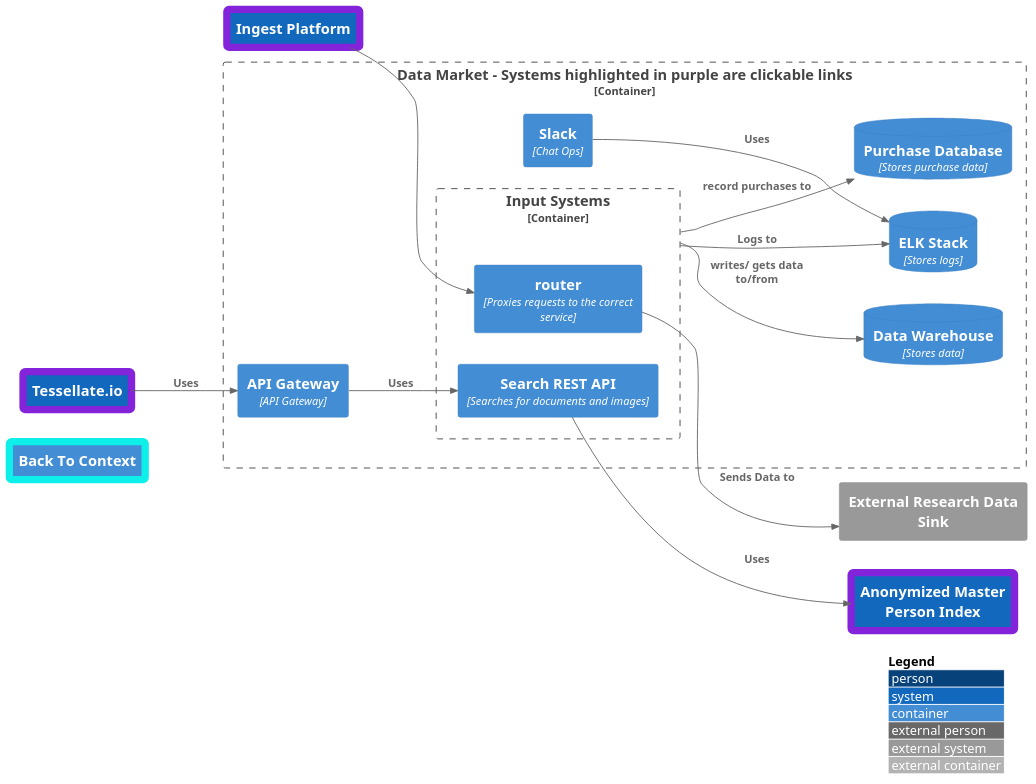
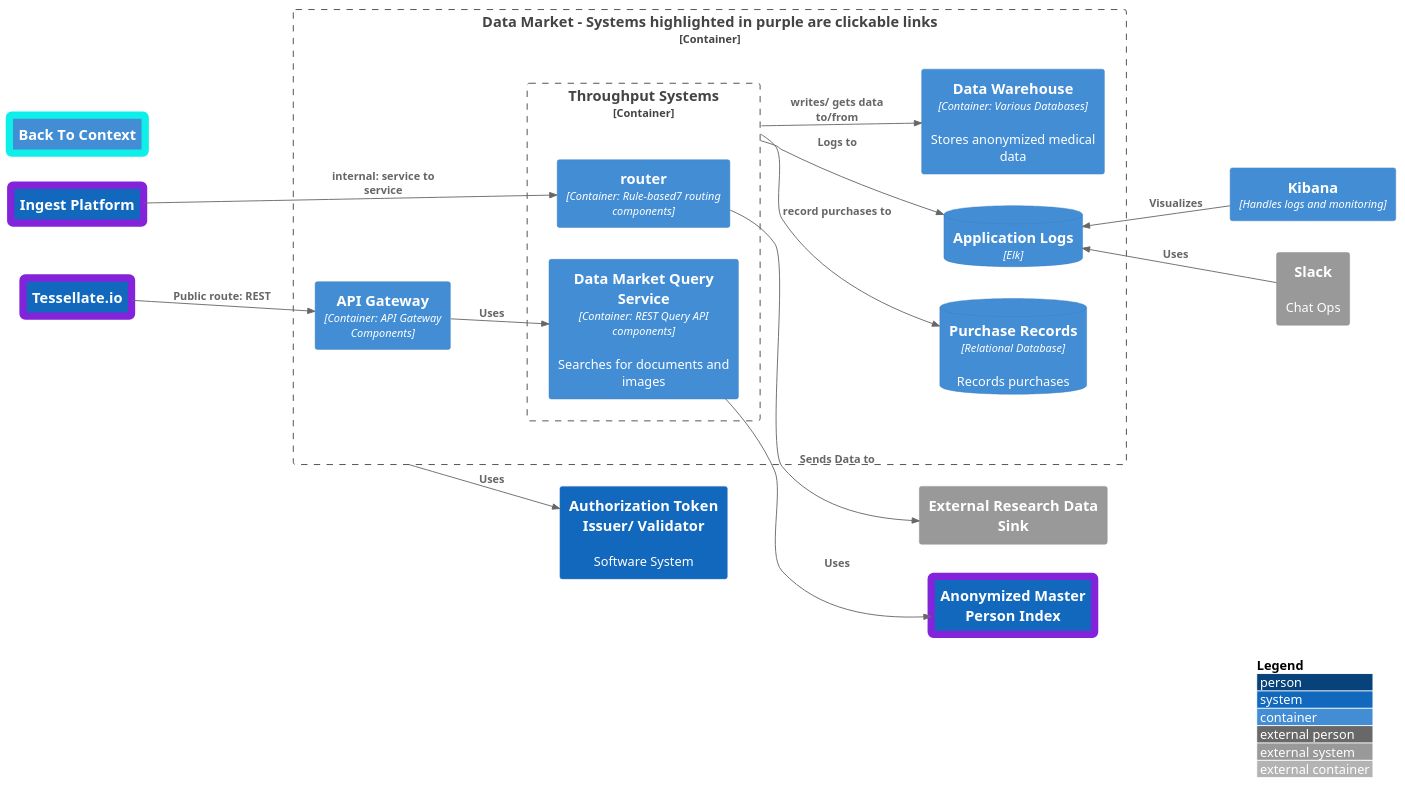
The diagram in ArchitectureModel/DataMarketContainer.puml (migueladelvalle/SE577-684-SP-23-24-final-project), drawn with PlantUML before and after one commit. The commit also changed 12 other files, not shown here.

Commit message:
Added additional detail to architecture Diagrams

```diff
--- a/ArchitectureModel/DataMarketContainer.puml
+++ b/ArchitectureModel/DataMarketContainer.puml
@@ -1,43 +1,51 @@
 @startuml
 !include ./C4_Container.puml
 
 LAYOUT_LEFT_RIGHT()
 
 LAYOUT_WITH_LEGEND()
 
 AddElementTag("lowerLevelLink", $borderColor="8324db",$borderThickness="8")
 AddElementTag("higherLevelLink", $borderColor="0fefe9ff",$borderThickness="8")
 
 Container(back, "Back To Context", $link="./ContextDiagram.puml", $tags="higherLevelLink")
 
 System(ingestion, "Ingest Platform",$link="./IngestPlatformContainer.puml", $tags="lowerLevelLink")
 System(ampi, "Anonymized Master Person Index",$link="./AMPIContainer.puml", $tags="lowerLevelLink")
 System(website, "Tessellate.io",$link="./TessellateIOContainer.puml", $tags="lowerLevelLink")
 System_Ext(research_db, "External Research Data Sink")
 
+System(security, "Authorization Token Issuer/ Validator", "Software System")
+
 Container_Boundary(datamarket, "Data Market - Systems highlighted in purple are clickable links", "The boundary of the system"){
-    ContainerDb(datawarehouse, "Data Warehouse", "Stores data")
-    Container_Boundary(input, "Input Systems", "Systems that input data into the system"){
-        Container(search, "Search REST API", "Searches for documents and images")
-            Container(proxy, "router", "Proxies requests to the correct service")
+    Container(datawarehouse, "Data Warehouse","Container: Various Databases","Stores anonymized medical data")
+    Container_Boundary(input, "Throughput Systems", "Systems that input data into the system"){
+        Container(search, "Data Market Query Service","Container: REST Query API components","Searches for documents and images")
+            Container(proxy, "router", "Container: Rule-based7 routing components")
     }
-    Container(gateway, API Gateway, "API Gateway")
-    ContainerDb(elk, "ELK Stack", "Stores logs")
-    Container(slack, "Slack", "Chat Ops")
-    ContainerDb(purchase_db, "Purchase Database", "Stores purchase data")
+    Container(gateway, API Gateway,"Container: API Gateway Components")
+    ContainerDb(elk, "Application Logs","Elk", )
+    ContainerDb(purchase_db, "Purchase Records", "Relational Database","Records purchases")
 }
+System_Ext(slack, "Slack", "Chat Ops")
+Container(kibana, "Kibana", "Handles logs and monitoring")
 
 Rel(gateway, search, "Uses")
 Rel(search, ampi, "Uses")
 
-Rel(ingestion, proxy, " ")
+Rel(ingestion, proxy, "internal: service to service")
 
 Rel(proxy, research_db, "Sends Data to")
-Rel(website, gateway, "Uses")
+Rel(website, gateway, "Public route: REST")
 
 Rel(input, elk, "Logs to")
 Rel(input, purchase_db, "record purchases to")
 Rel(input, datawarehouse, "writes/ gets data to/from")
 Rel(slack, elk, "Uses")
+Rel(datamarket, security, "Uses")
+Lay_R(ingestion, website)
+Lay_R(kibana, slack)
+Rel_U(kibana, elk, "Visualizes")
+
 
 @enduml
```
